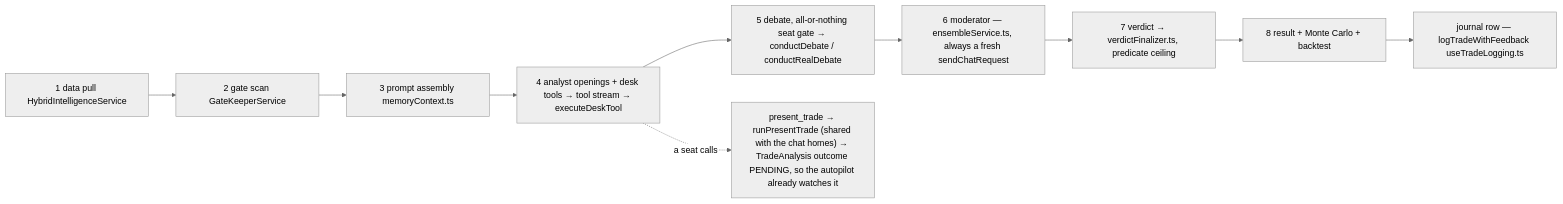
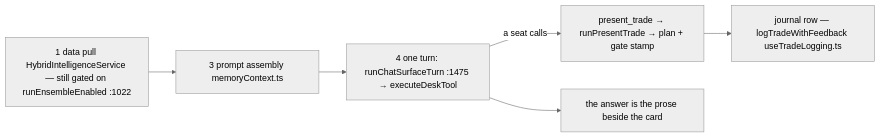
Before and after one commit to Acepay25/august-3.5: the third of 7 diagrams in docs/app-flow.md, drawn with Mermaid (neutral theme). The commit also changed other lines of this file and 5 other files, not shown here.

First line of the commit message:
refactor(pipeline): stage 19 tranche 1 — the debate branch is out of the send path

````diff
--- a/docs/app-flow.md
+++ b/docs/app-flow.md
@@ -160,12 +162,8 @@
 ```mermaid
 flowchart LR
-    S1["1 data pull HybridIntelligenceService"] --> S2["2 gate scan GateKeeperService"]
-    S2 --> S3["3 prompt assembly memoryContext.ts"]
-    S3 --> S4["4 analyst openings + desk tools → tool stream → executeDeskTool"]
-    S4 --> S5["5 debate, all-or-nothing seat gate → conductDebate / conductRealDebate"]
-    S5 --> S6["6 moderator — ensembleService.ts, always a fresh sendChatRequest"]
-    S6 --> S7["7 verdict → verdictFinalizer.ts, predicate ceiling"]
-    S7 --> S8["8 result + Monte Carlo + backtest"]
-    S8 --> JR["journal row — logTradeWithFeedback useTradeLogging.ts"]
-    S4 -.->|a seat calls| PT["present_trade → runPresentTrade (shared with the chat homes) → TradeAnalysis outcome PENDING, so the autopilot already watches it"]
+    S1["1 data pull HybridIntelligenceService — still gated on runEnsembleEnabled :1022"] --> S3["3 prompt assembly memoryContext.ts"]
+    S3 --> S4["4 one turn: runChatSurfaceTurn :1475 → executeDeskTool"]
+    S4 -->|a seat calls| PT["present_trade → runPresentTrade → plan + gate stamp"]
+    PT --> JR["journal row — logTradeWithFeedback useTradeLogging.ts"]
+    S4 --> ANS["the answer is the prose beside the card"]
 ```
````
